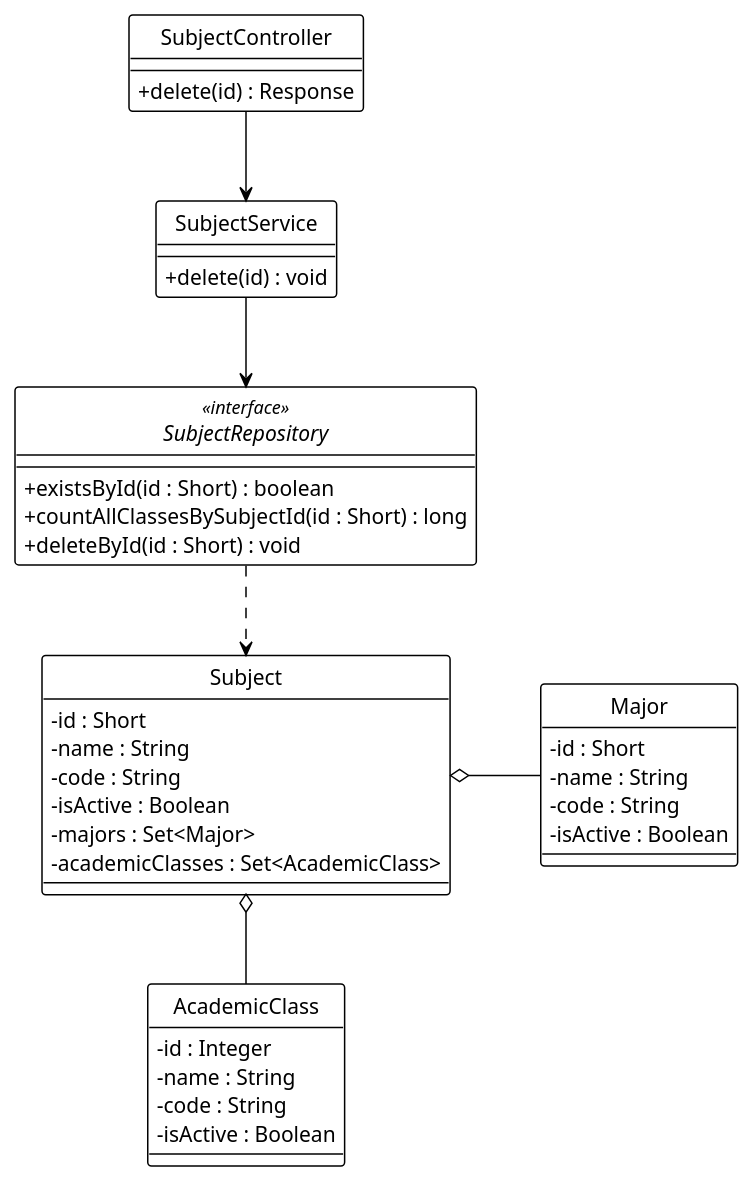
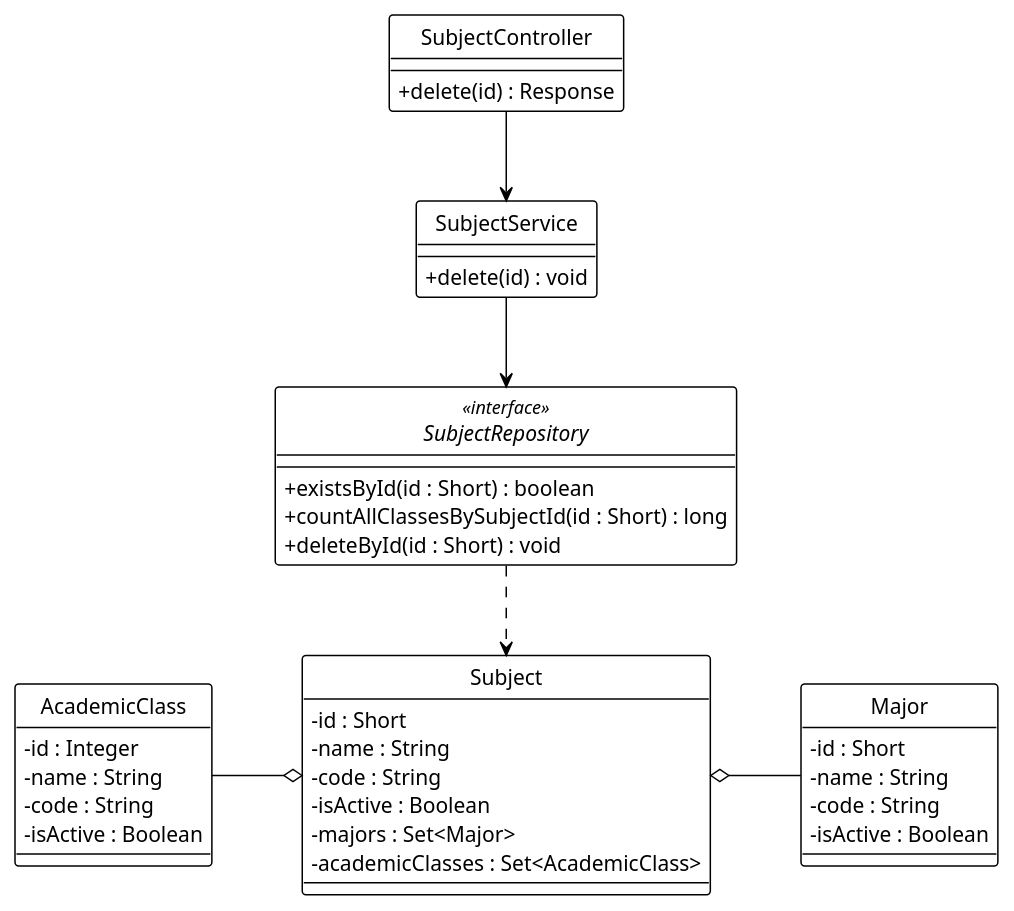
One commit to Ndh474/context changed the diagram in system_detailed_design/21_delete_subject/class_diagram_delete_subject.puml. Above: the diagram before and after it, drawn with PlantUML. The commit also changed 23 other files, not shown here.

```diff
--- a/system_detailed_design/21_delete_subject/class_diagram_delete_subject.puml
+++ b/system_detailed_design/21_delete_subject/class_diagram_delete_subject.puml
@@ -1,63 +1,63 @@
 @startuml delete_subject
 !theme plain
 hide circle
 skinparam classAttributeIconSize 0
 
 ' --- CẤU HÌNH "ORTHO" (BẮT BUỘC) ---
 skinparam linetype ortho
 skinparam nodesep 60
 skinparam ranksep 60
 
 ' --- CONTROLLER ---
 class SubjectController {
   + delete(id) : Response
 }
 
 ' --- SERVICE ---
 class SubjectService {
   + delete(id) : void
 }
 
 ' --- REPOSITORY ---
 interface SubjectRepository <<interface>> {
   + existsById(id : Short) : boolean
   + countAllClassesBySubjectId(id : Short) : long
   + deleteById(id : Short) : void
 }
 
 ' --- ENTITIES ---
 class Subject {
   - id : Short
   - name : String
   - code : String
   - isActive : Boolean
   - majors : Set<Major>
   - academicClasses : Set<AcademicClass>
 }
 
 class Major {
   - id : Short
   - name : String
   - code : String
   - isActive : Boolean
 }
 
 class AcademicClass {
   - id : Integer
   - name : String
   - code : String
   - isActive : Boolean
 }
 
 ' --- DEPENDENCY INJECTION (Association) ---
 SubjectController -down-> SubjectService
 SubjectService -down-> SubjectRepository
 
 ' --- REPOSITORY USAGE (Dependency) ---
 SubjectRepository .down.> Subject
 
 ' --- ENTITY RELATIONSHIPS (Aggregation) ---
 Subject o-right- Major
-Subject o-down- AcademicClass
+Subject o-left- AcademicClass
 
 @enduml
```
